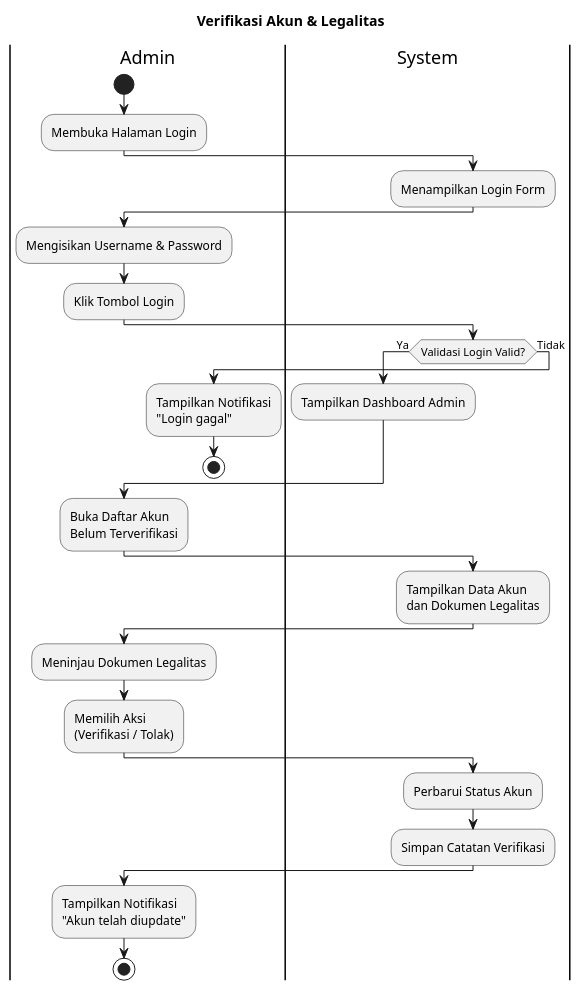
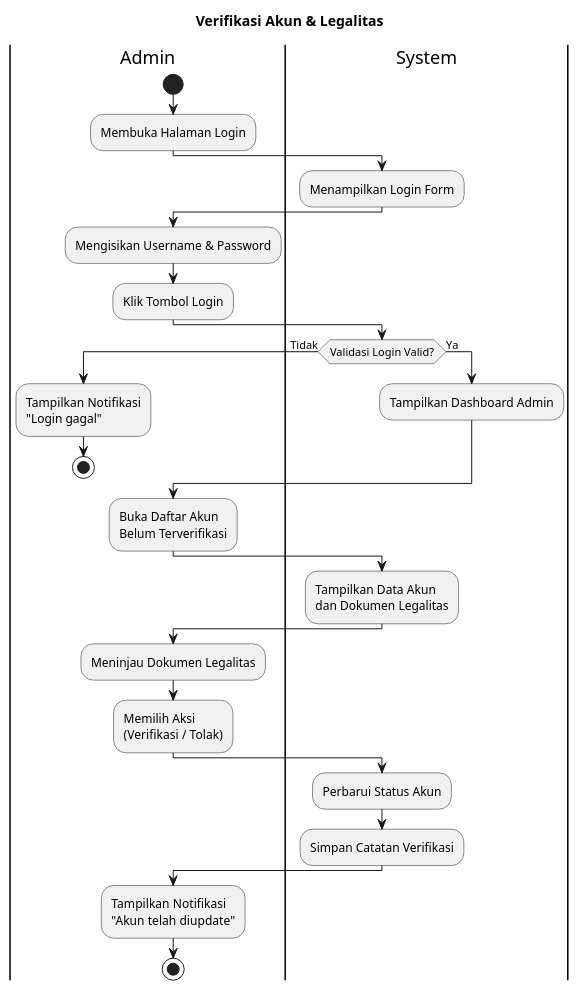
One commit to ncip48/RPL changed the diagram in activity diagram/verifikasi akun.puml. Above: the diagram before and after it, drawn with PlantUML. The commit also changed 1 other file, not shown here.

```diff
--- a/activity diagram/verifikasi akun.puml
+++ b/activity diagram/verifikasi akun.puml
@@ -1,42 +1,43 @@
 @startuml
 title Verifikasi Akun & Legalitas
 
 |Admin|
 start
 :Membuka Halaman Login;
 
 |System|
 :Menampilkan Login Form;
 
 |Admin|
 :Mengisikan Username & Password;
 :Klik Tombol Login;
 
 |System|
-if (Validasi Login Valid?) then (Ya)
-    :Tampilkan Dashboard Admin;
-else (Tidak)
+if (Validasi Login Valid?) then (Tidak)
     |Admin|
     :Tampilkan Notifikasi\n"Login gagal";
     stop
+else (Ya)
+    |System|
+    :Tampilkan Dashboard Admin;
 endif
 
 |Admin|
 :Buka Daftar Akun\nBelum Terverifikasi;
 
 |System|
 :Tampilkan Data Akun\ndan Dokumen Legalitas;
 
 |Admin|
 :Meninjau Dokumen Legalitas;
 :Memilih Aksi\n(Verifikasi / Tolak);
 
 |System|
 :Perbarui Status Akun;
 :Simpan Catatan Verifikasi;
 
 |Admin|
 :Tampilkan Notifikasi\n"Akun telah diupdate";
 
 stop
 @enduml
```
